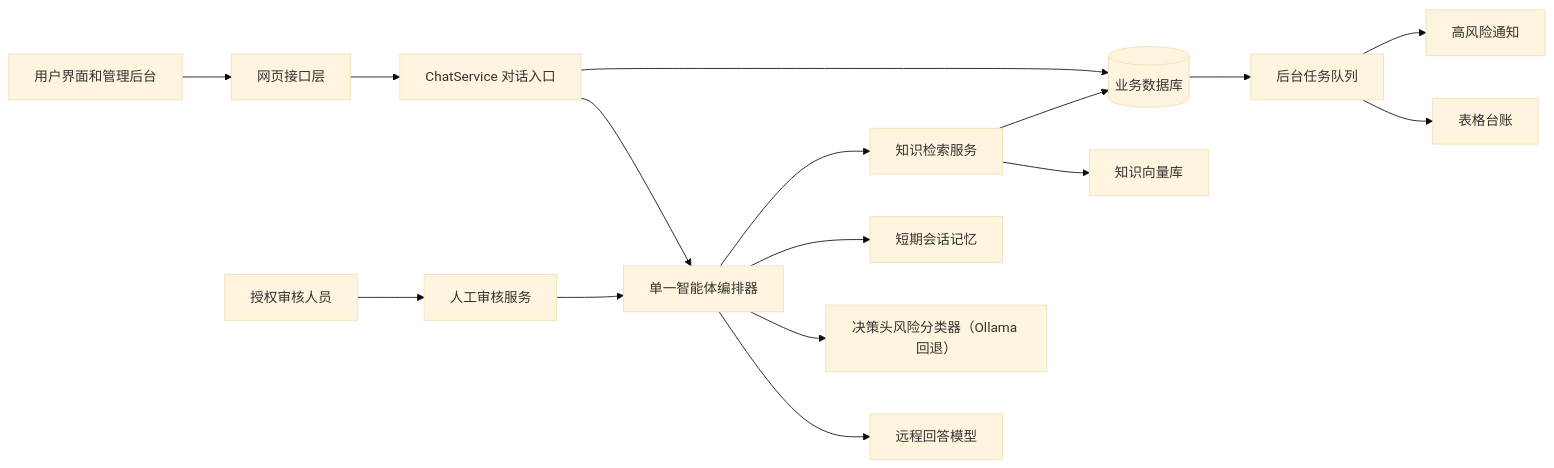
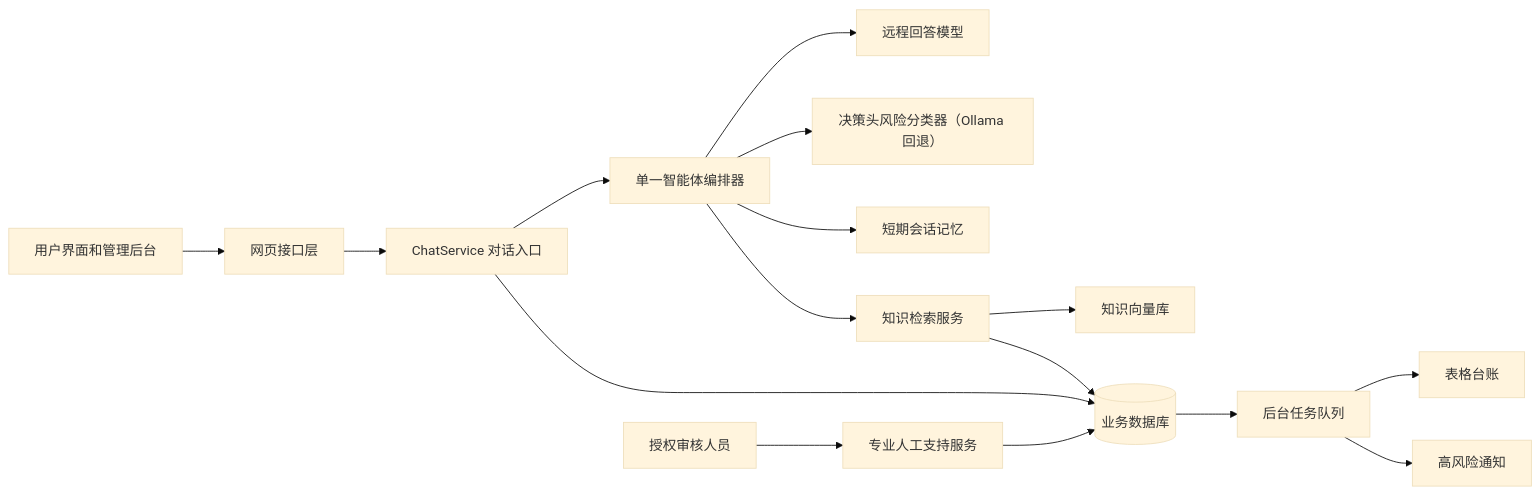
One commit to assle/XLing-agent changed the first of 2 diagrams in README.md. Above: the diagram before and after it, drawn with Mermaid (base theme). The commit also changed other lines of this file and 38 other files, not shown here.

````diff
--- a/README.md
+++ b/README.md
@@ -29,18 +29,18 @@
 ```mermaid
 flowchart LR
     Browser[用户界面和管理后台] --> API[网页接口层]
     API --> Chat[ChatService 对话入口]
     Chat --> Orchestrator[单一智能体编排器]
     Orchestrator --> ReplyModel[远程回答模型]
     Orchestrator --> Classifier[决策头风险分类器（Ollama 回退）]
     Orchestrator --> Redis[短期会话记忆]
     Orchestrator --> Knowledge[知识检索服务]
     Knowledge --> Chroma[知识向量库]
     Knowledge --> MySQL[(业务数据库)]
     Chat --> MySQL
     MySQL --> Queue[后台任务队列]
     Queue --> Ledger[表格台账]
     Queue --> Alert[高风险通知]
-    Admin[授权审核人员] --> Review[人工审核服务]
-    Review --> Orchestrator
+    Admin[授权审核人员] --> Review[专业人工支持服务]
+    Review --> MySQL
 ```
````
